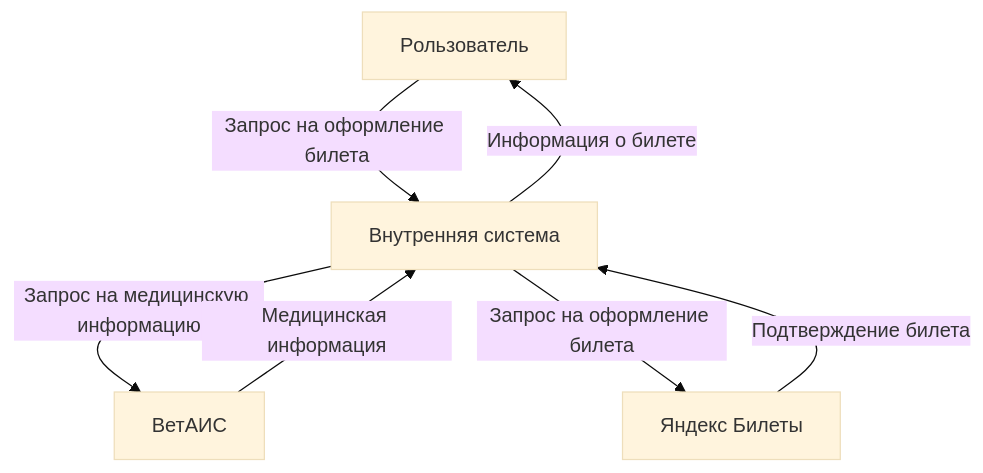
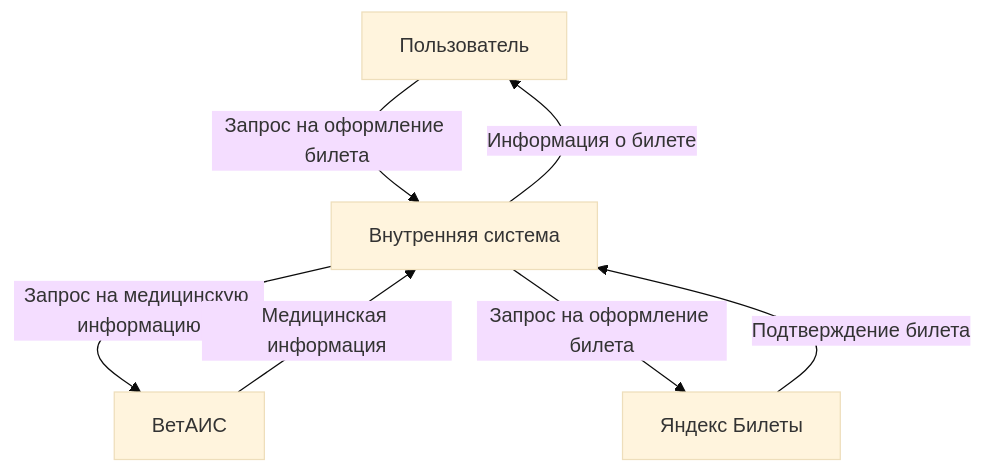
One commit to Gr-Move/Portfolio changed the fourth of 5 diagrams in Cases/Case-2/diagrams.md. Above: the diagram before and after it, drawn with Mermaid (base theme). The commit also changed other lines of this file, not shown here.

````diff
--- a/Cases/Case-2/diagrams.md
+++ b/Cases/Case-2/diagrams.md
@@ -67,14 +69,14 @@
 ```mermaid
 graph TD;
-    User[Pользователь]
+    User[Пользователь]
     Internal[Внутренняя система]
     YB[Яндекс Билеты]
     VetAIS[ВетАИС]
 
     User -->|Запрос на оформление билета| Internal
     Internal -->|Запрос на медицинскую информацию| VetAIS
     Internal -->|Запрос на оформление билета| YB
     VetAIS -->|Медицинская информация| Internal
     YB -->|Подтверждение билета| Internal
     Internal -->|Информация о билете| User
 ```
````
